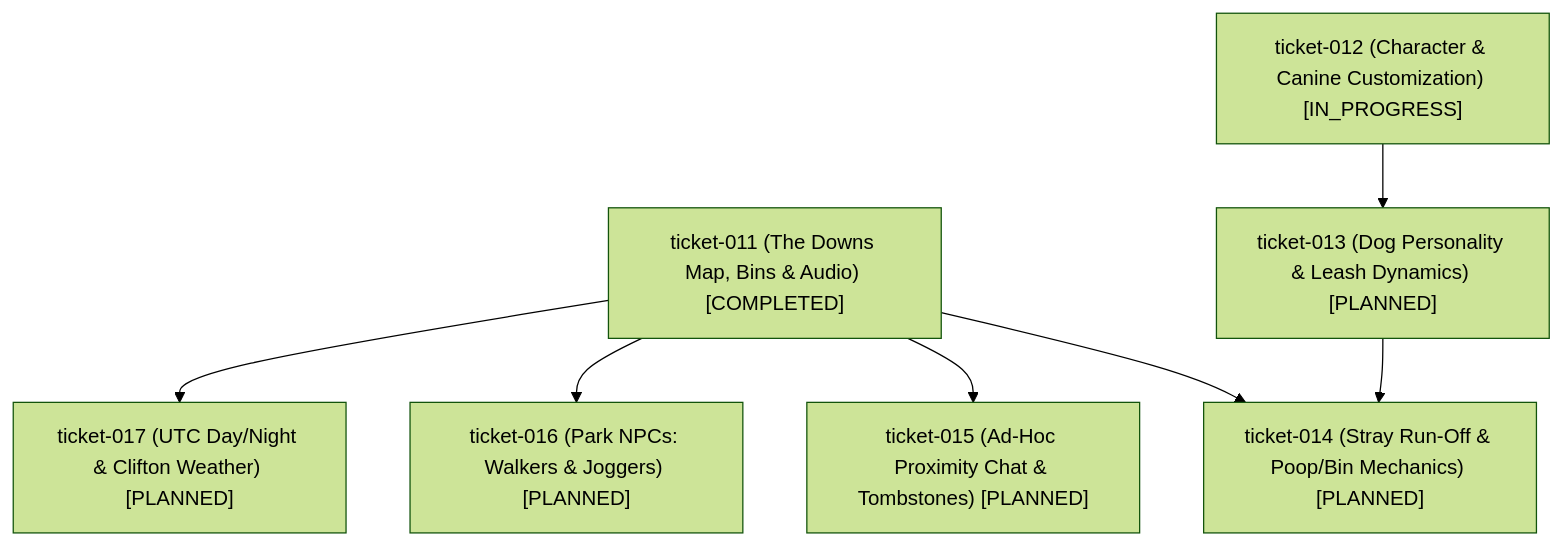
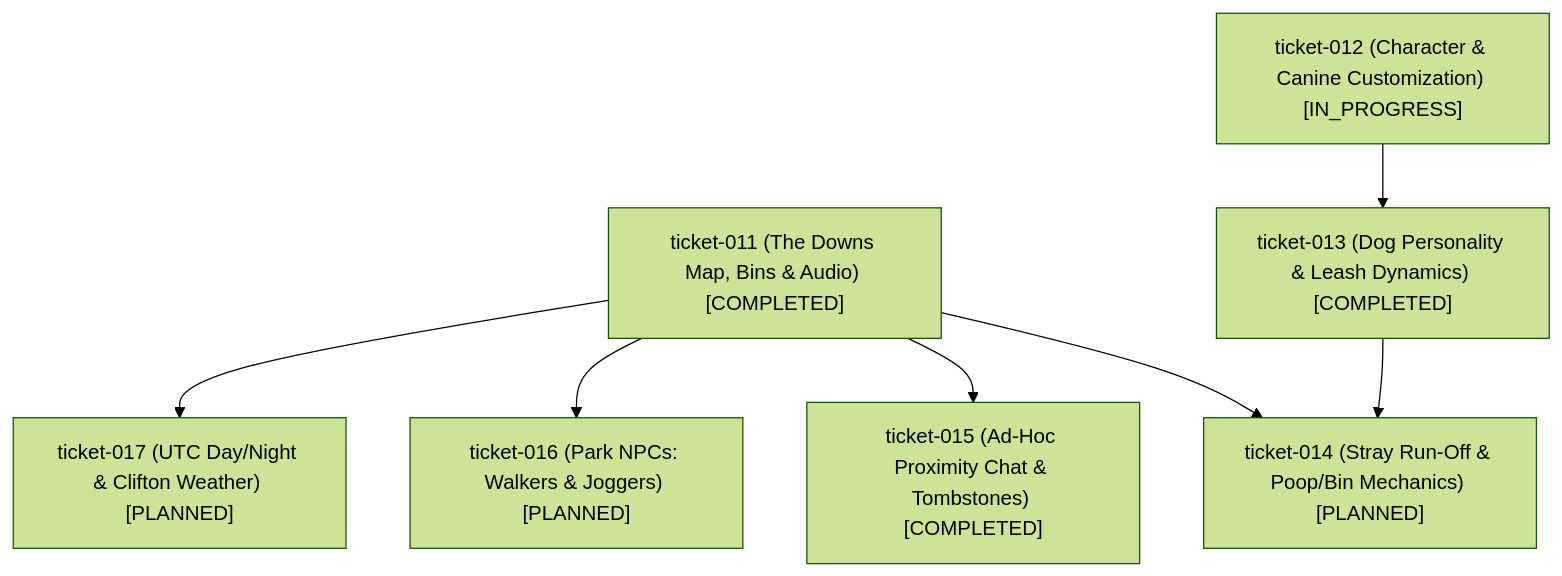
Before and after one commit to MACourtney7/virtual-dog-walker: the diagram in openspec/roadmaps/the-downs.md, drawn with Mermaid (forest theme). The commit also changed other lines of this file, not shown here.

Commit message:
docs(roadmap): mark ticket-013 and ticket-015 COMPLETED

````diff
--- a/openspec/roadmaps/the-downs.md
+++ b/openspec/roadmaps/the-downs.md
@@ -40,17 +40,17 @@
 ```mermaid
 flowchart TD
     T011["ticket-011 (The Downs Map, Bins & Audio) [COMPLETED]"]
     T012["ticket-012 (Character & Canine Customization) [IN_PROGRESS]"]
-    T013["ticket-013 (Dog Personality & Leash Dynamics) [PLANNED]"]
+    T013["ticket-013 (Dog Personality & Leash Dynamics) [COMPLETED]"]
     T014["ticket-014 (Stray Run-Off & Poop/Bin Mechanics) [PLANNED]"]
-    T015["ticket-015 (Ad-Hoc Proximity Chat & Tombstones) [PLANNED]"]
+    T015["ticket-015 (Ad-Hoc Proximity Chat & Tombstones) [COMPLETED]"]
     T016["ticket-016 (Park NPCs: Walkers & Joggers) [PLANNED]"]
     T017["ticket-017 (UTC Day/Night & Clifton Weather) [PLANNED]"]
 
     T012 --> T013
     T011 --> T014
     T013 --> T014
     T011 --> T015
     T011 --> T016
     T011 --> T017
 ```
````
